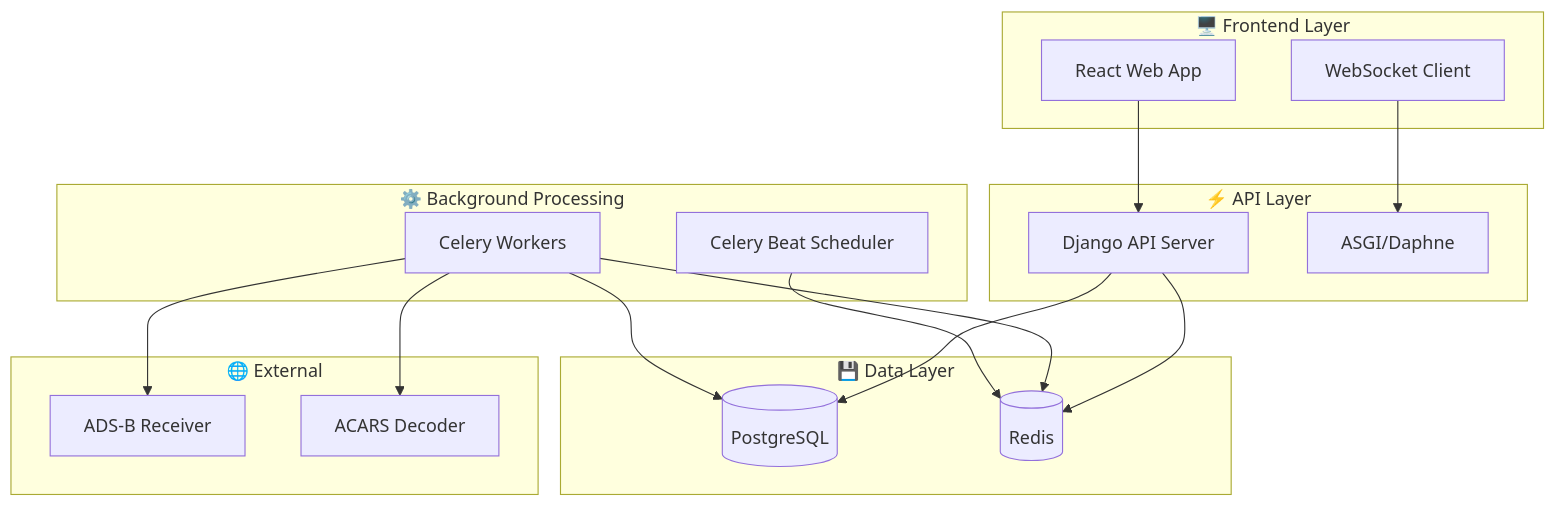
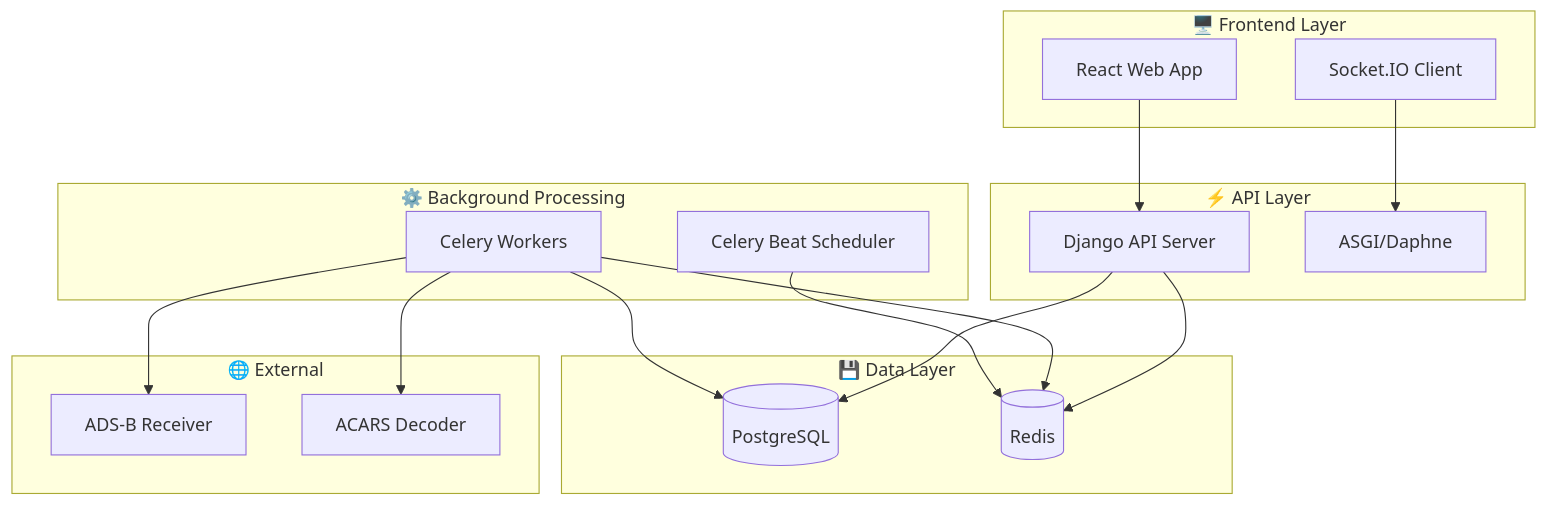
The first of 4 diagrams in docs/16-troubleshooting.md (CHA0S-CORP/SkySpy), drawn with Mermaid before and after one commit. The commit also changed other lines of this file and 18 other files, not shown here.

````diff
--- a/docs/16-troubleshooting.md
+++ b/docs/16-troubleshooting.md
@@ -23,37 +23,37 @@
 ```mermaid
 flowchart TB
     subgraph Frontend["🖥️ Frontend Layer"]
         WEB[React Web App]
-        WS_CLIENT[WebSocket Client]
+        WS_CLIENT[Socket.IO Client]
     end
 
     subgraph API["⚡ API Layer"]
         DJANGO[Django API Server]
         DAPHNE[ASGI/Daphne]
     end
 
     subgraph Workers["⚙️ Background Processing"]
         CELERY[Celery Workers]
         BEAT[Celery Beat Scheduler]
     end
 
     subgraph Data["💾 Data Layer"]
         POSTGRES[(PostgreSQL)]
         REDIS[(Redis)]
     end
 
     subgraph External["🌐 External"]
         ADSB[ADS-B Receiver]
         ACARS[ACARS Decoder]
     end
 
     WEB --> DJANGO
     WS_CLIENT --> DAPHNE
     DJANGO --> POSTGRES
     DJANGO --> REDIS
     CELERY --> REDIS
     CELERY --> POSTGRES
     BEAT --> REDIS
     CELERY --> ADSB
     CELERY --> ACARS
 ```
````
